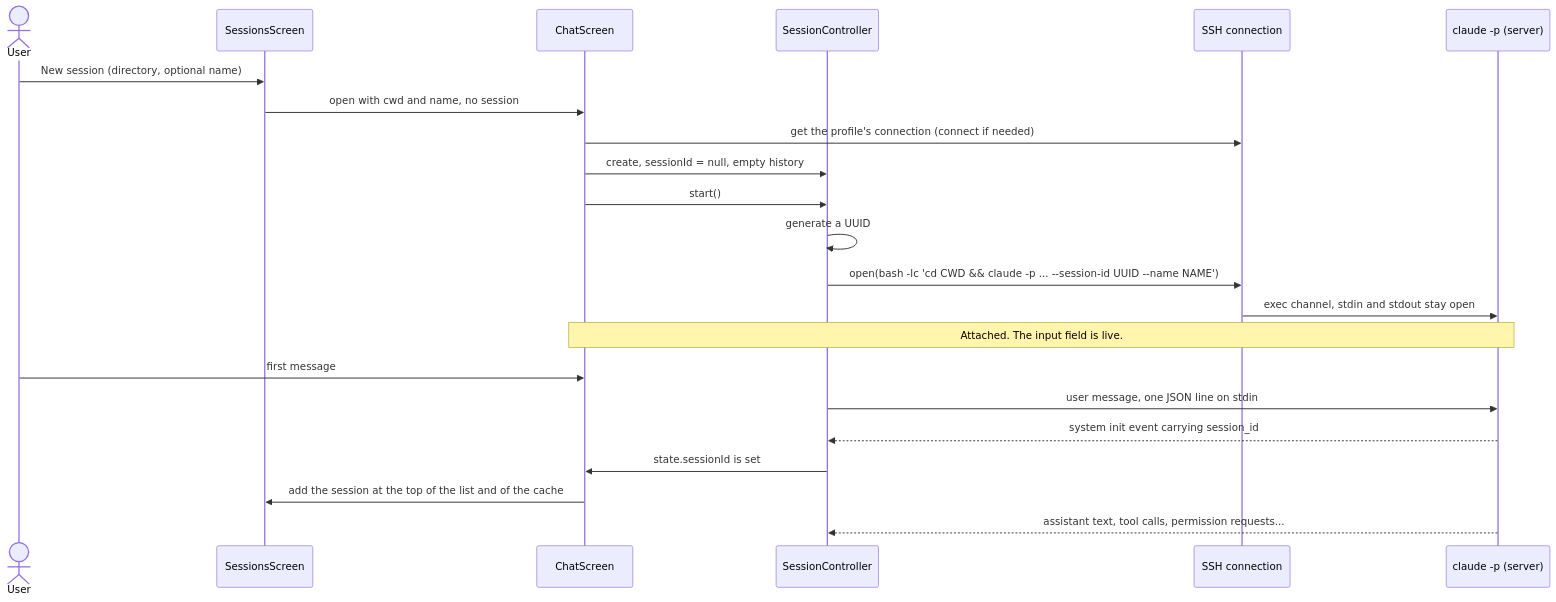
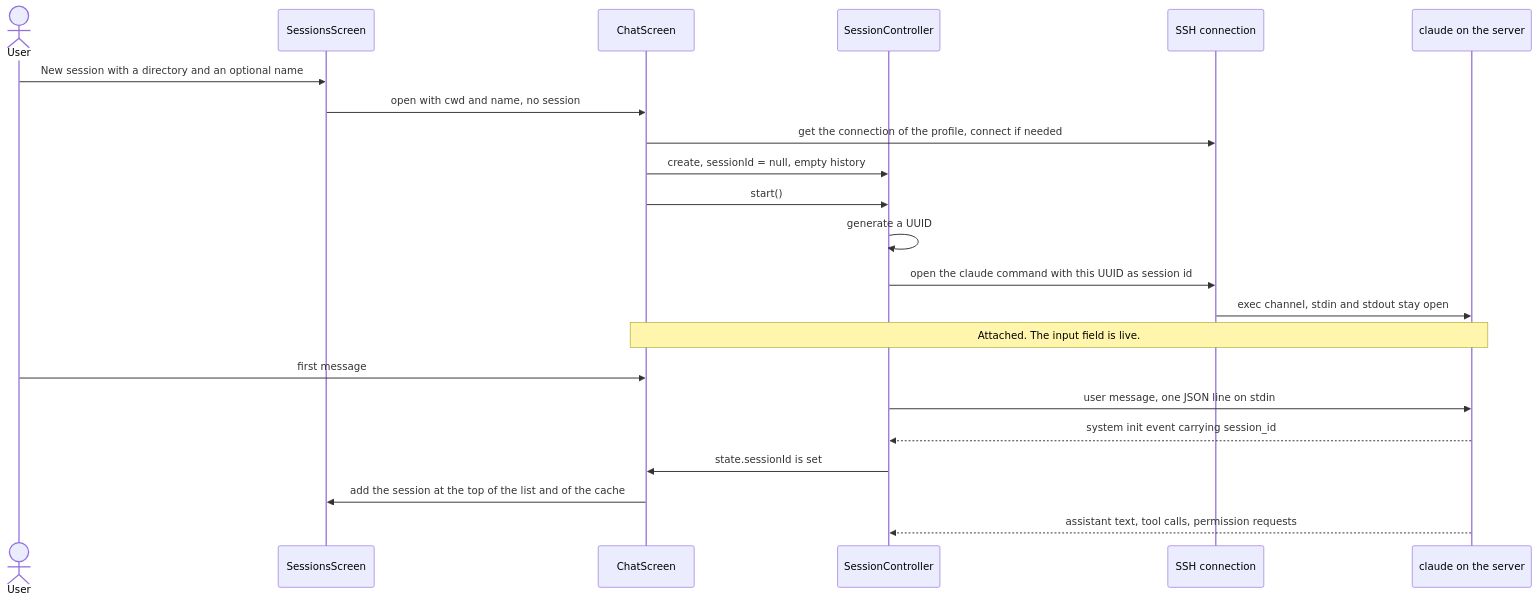
The third of 5 diagrams in README.md (stephaneHerraiz/claude-mobile), drawn with Mermaid before and after one commit. The commit also changed other lines of this file, not shown here.

First line of the commit message:
docs: keep shell syntax out of the README diagrams

````diff
--- a/README.md
+++ b/README.md
@@ -111,25 +111,25 @@
 ```mermaid
 sequenceDiagram
   actor User
   participant List as SessionsScreen
   participant Chat as ChatScreen
   participant Ctl as SessionController
   participant SSH as SSH connection
-  participant Claude as claude -p (server)
+  participant Claude as claude on the server
 
-  User->>List: New session (directory, optional name)
+  User->>List: New session with a directory and an optional name
   List->>Chat: open with cwd and name, no session
-  Chat->>SSH: get the profile's connection (connect if needed)
+  Chat->>SSH: get the connection of the profile, connect if needed
   Chat->>Ctl: create, sessionId = null, empty history
   Chat->>Ctl: start()
   Ctl->>Ctl: generate a UUID
-  Ctl->>SSH: open(bash -lc 'cd CWD && claude -p ... --session-id UUID --name NAME')
+  Ctl->>SSH: open the claude command with this UUID as session id
   SSH->>Claude: exec channel, stdin and stdout stay open
   Note over Chat,Claude: Attached. The input field is live.
   User->>Chat: first message
   Ctl->>Claude: user message, one JSON line on stdin
   Claude-->>Ctl: system init event carrying session_id
   Ctl->>Chat: state.sessionId is set
   Chat->>List: add the session at the top of the list and of the cache
-  Claude-->>Ctl: assistant text, tool calls, permission requests...
+  Claude-->>Ctl: assistant text, tool calls, permission requests
 ```
````
